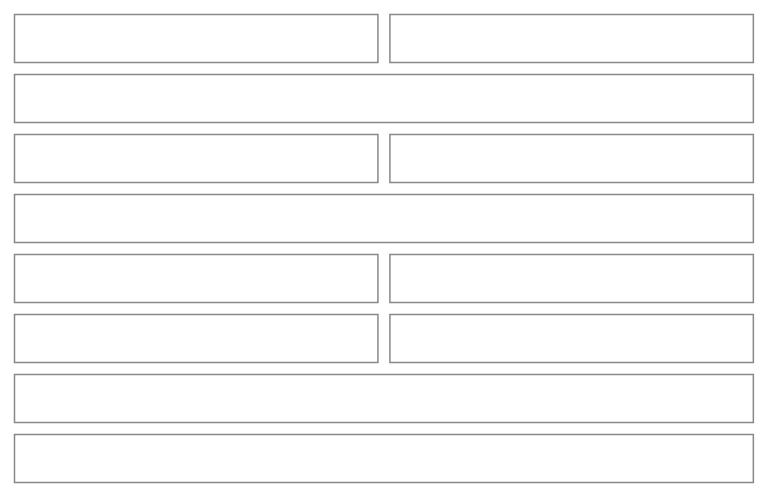
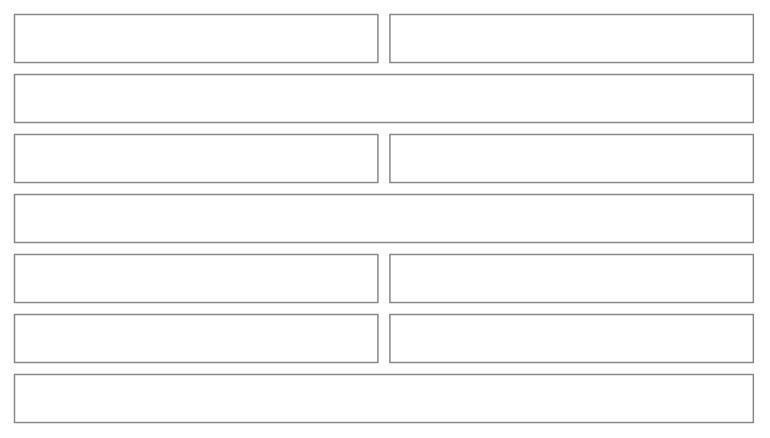
One commit to NovaMoonX/moondreams-dev-apps changed the seventh of 31 diagrams in src/apps/pinch/UX.md. Above: the diagram before and after it, drawn with Mermaid. The commit also changed other lines of this file and 206 other files, not shown here.

````diff
--- a/src/apps/pinch/UX.md
+++ b/src/apps/pinch/UX.md
@@ -192,29 +237,27 @@
 ```mermaid
 %%{init: {'theme': 'base', 'themeVariables': {'primaryColor': 'transparent', 'primaryBorderColor': '#888888', 'primaryTextColor': '#333333', 'lineColor': '#888888'}}}%%
 block-beta
   columns 2
   D1["Tue, Oct 13"]:1
   D2["$18.40"]:1
   D3["🍳 Breakfast"]:2
   D4["Oats with berries · 1 serving"]:1
   D5["$1.20"]:1
   D6["🍝 Dinner"]:2
   D7["Adobo chicken · 2 servings"]:1
   D8["$6.40"]:1
   D9["Cilantro lime rice · 2 servings"]:1
   D10["$2.70"]:1
   D11["+ Add to this day"]:2
-  D12["Copy day as Markdown"]:2
   style D1 fill:transparent,stroke:#888888,stroke-width:1px;
   style D2 fill:transparent,stroke:#888888,stroke-width:1px;
   style D3 fill:transparent,stroke:#888888,stroke-width:1px;
   style D4 fill:transparent,stroke:#888888,stroke-width:1px;
   style D5 fill:transparent,stroke:#888888,stroke-width:1px;
   style D6 fill:transparent,stroke:#888888,stroke-width:1px;
   style D7 fill:transparent,stroke:#888888,stroke-width:1px;
   style D8 fill:transparent,stroke:#888888,stroke-width:1px;
   style D9 fill:transparent,stroke:#888888,stroke-width:1px;
   style D10 fill:transparent,stroke:#888888,stroke-width:1px;
   style D11 fill:transparent,stroke:#888888,stroke-width:1px;
-  style D12 fill:transparent,stroke:#888888,stroke-width:1px;
 ```
````
